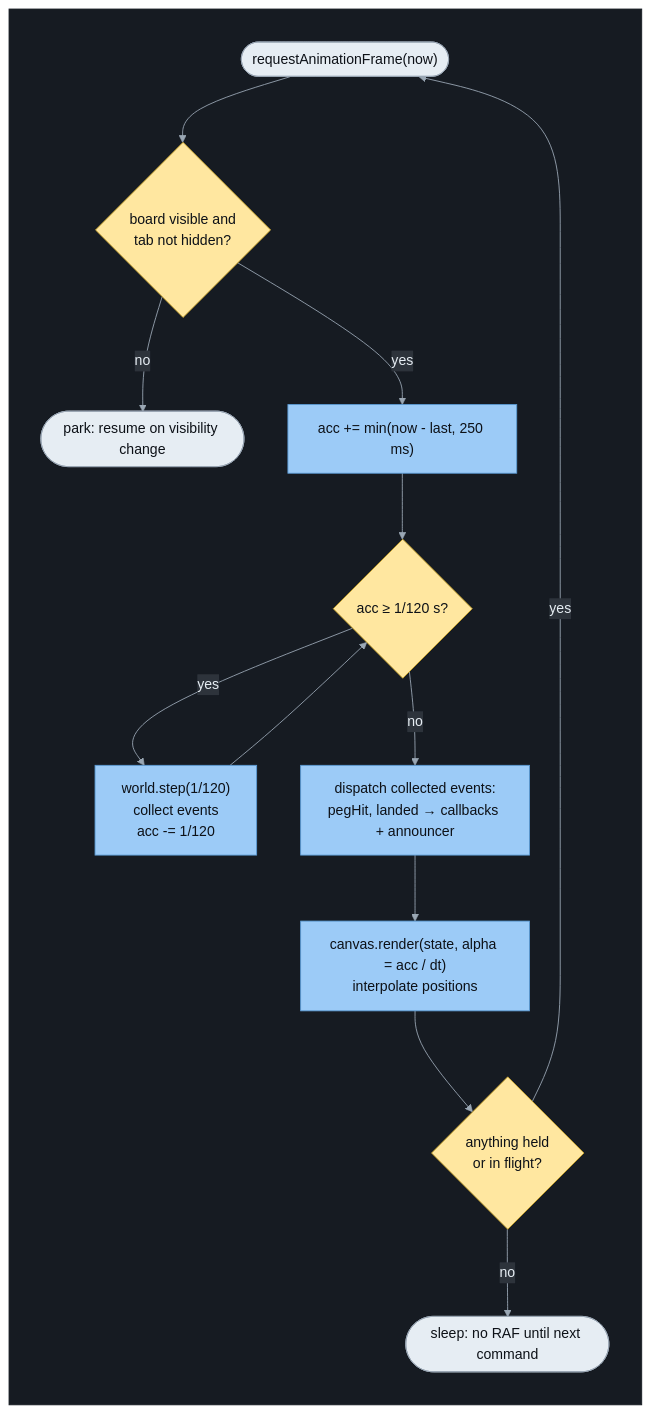
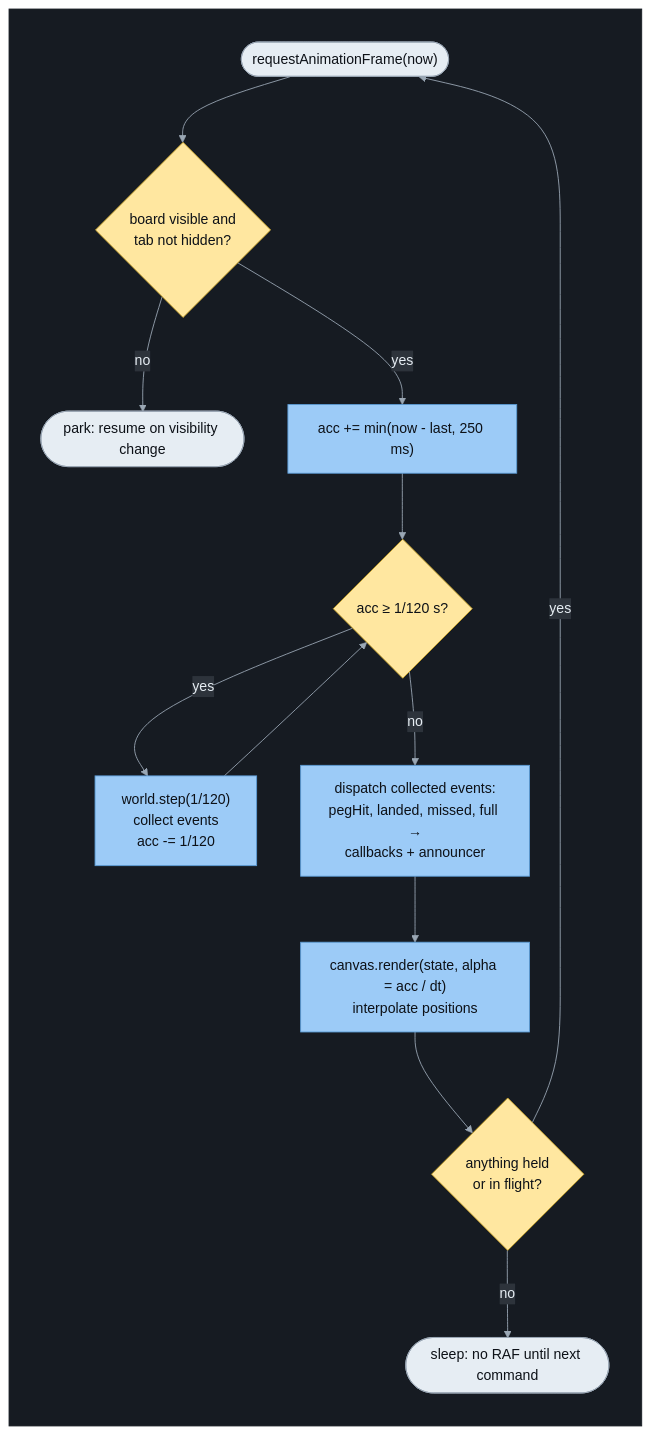
The tenth of 10 diagrams in docs/ARCHITECTURE.md (alanbickel/plinko-config), drawn with Mermaid before and after one commit. The commit also changed other lines of this file and 14 other files, not shown here.

````diff
--- a/docs/ARCHITECTURE.md
+++ b/docs/ARCHITECTURE.md
@@ -521,25 +525,25 @@
 ```mermaid
 %%{init: {"theme":"base","themeVariables":{"lineColor":"#9aa7b4","textColor":"#e6edf3","primaryTextColor":"#e6edf3","edgeLabelBackground":"#2d333b","clusterBkg":"#161b22","clusterBorder":"#30363d","titleColor":"#e6edf3"}}}%%
 flowchart TB
     subgraph canvas[" "]
         direction TB
 
 
         start(["requestAnimationFrame(now)"]):::term --> vis{"board visible and<br/>tab not hidden?"}:::choice
         vis -- no --> park(["park: resume on visibility change"]):::term
         vis -- yes --> acc["acc += min(now - last, 250 ms)"]:::step
         acc --> step{"acc ≥ 1/120 s?"}:::choice
         step -- yes --> sim["world.step(1/120)<br/>collect events<br/>acc -= 1/120"]:::step
         sim --> step
-        step -- no --> ev["dispatch collected events:<br/>pegHit, landed → callbacks + announcer"]:::step
+        step -- no --> ev["dispatch collected events:<br/>pegHit, landed, missed, full →<br/>callbacks + announcer"]:::step
         ev --> draw["canvas.render(state, alpha = acc / dt)<br/>interpolate positions"]:::step
         draw --> idle{"anything held<br/>or in flight?"}:::choice
         idle -- yes --> start
         idle -- no --> sleep(["sleep: no RAF until next command"]):::term
     end
 
     classDef term fill:#e6edf3,stroke:#9aa7b4,color:#0d1117
     classDef step fill:#9ccbf7,stroke:#5b9bd5,color:#0d1117
     classDef choice fill:#ffe7a0,stroke:#c9a227,color:#0d1117
     style canvas fill:#161b22,stroke:#161b22
 ```
````
